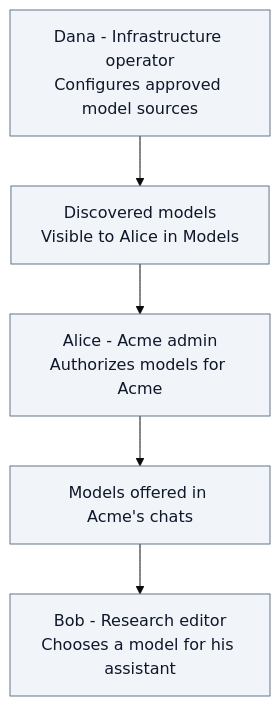
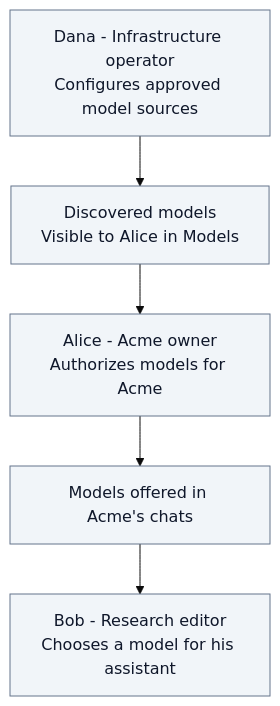
The first of 3 diagrams in docs/architecture/02.3-agent-administration.md (ThalesGroup/fred), drawn with Mermaid (base theme) before and after one commit. The commit also changed other lines of this file and 82 other files, not shown here.

````diff
--- a/docs/architecture/02.3-agent-administration.md
+++ b/docs/architecture/02.3-agent-administration.md
@@ -19,12 +19,12 @@
 ```mermaid
 flowchart TB
     dana["Dana - Infrastructure operator<br/>Configures approved model sources"]
     catalog["Discovered models<br/>Visible to Alice in Models"]
-    alice["Alice - Acme admin<br/>Authorizes models for Acme"]
+    alice["Alice - Acme owner<br/>Authorizes models for Acme"]
     choices["Models offered in Acme's chats"]
     bob["Bob - Research editor<br/>Chooses a model for his assistant"]
     dana --> catalog --> alice --> choices --> bob
 
     classDef neutral fill:#F1F5F9,stroke:#64748B,color:#0F172A
     class dana,catalog,alice,choices,bob neutral
 ```
````
